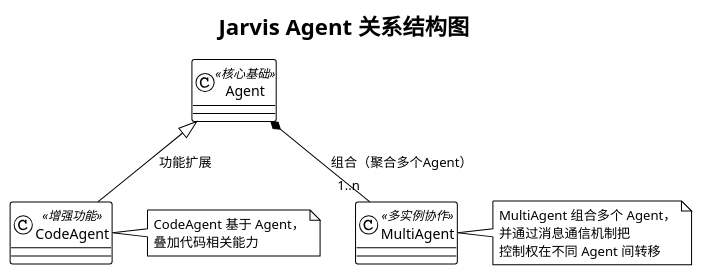
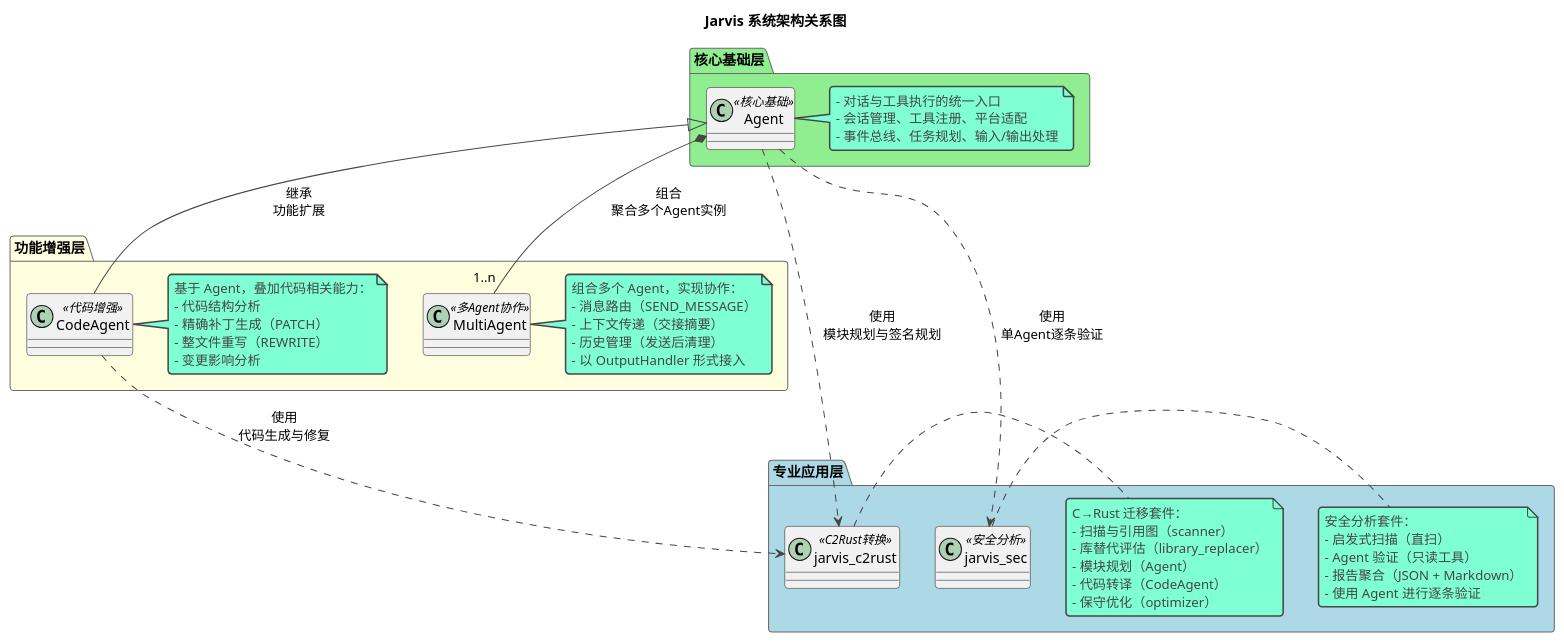
The first of 60 diagrams in 技术报告.md (skyfireitdiy/Jarvis), drawn with PlantUML before and after one commit. The commit also changed other lines of this file, not shown here.

First line of the commit message:
docs(architecture): 重构技术报告中的系统架构设计章节

````diff
--- a/技术报告.md
+++ b/技术报告.md
@@ -15,25 +15,66 @@
 ```plantuml
 @startuml
-!theme plain
-title Jarvis Agent 关系结构图
+!theme vibrant
+title Jarvis 系统架构关系图
 
-class Agent <<核心基础>> 
-class CodeAgent <<增强功能>> 
-class MultiAgent <<多实例协作>>
+package "核心基础层" #LightGreen {
+  class Agent <<核心基础>>
+  note right of Agent
+    - 对话与工具执行的统一入口
+    - 会话管理、工具注册、平台适配
+    - 事件总线、任务规划、输入/输出处理
+  end note
+}
 
-Agent <|-- CodeAgent : "功能扩展"
-Agent *-- "1..n" MultiAgent : "组合（聚合多个Agent）"
+package "功能增强层" #LightYellow {
+  class CodeAgent <<代码增强>>
+  class MultiAgent <<多Agent协作>>
+  
+  Agent <|-- CodeAgent : "继承\n功能扩展"
+  Agent *-- "1..n" MultiAgent : "组合\n聚合多个Agent实例"
+  
+  note right of CodeAgent
+    基于 Agent，叠加代码相关能力：
+    - 代码结构分析
+    - 精确补丁生成（PATCH）
+    - 整文件重写（REWRITE）
+    - 变更影响分析
+  end note
+  
+  note right of MultiAgent
+    组合多个 Agent，实现协作：
+    - 消息路由（SEND_MESSAGE）
+    - 上下文传递（交接摘要）
+    - 历史管理（发送后清理）
+    - 以 OutputHandler 形式接入
+  end note
+}
 
-note right of CodeAgent
-  CodeAgent 基于 Agent，
-  叠加代码相关能力
-end note
-
-note right of MultiAgent
-  MultiAgent 组合多个 Agent，
-  并通过消息通信机制把
-  控制权在不同 Agent 间转移
-end note
+package "专业应用层" #LightBlue {
+  class jarvis_sec <<安全分析>>
+  class jarvis_c2rust <<C2Rust转换>>
+  
+  Agent ..> jarvis_sec : "使用\n单Agent逐条验证"
+  Agent ..> jarvis_c2rust : "使用\n模块规划与签名规划"
+  CodeAgent ..> jarvis_c2rust : "使用\n代码生成与修复"
+  
+  note right of jarvis_sec
+    安全分析套件：
+    - 启发式扫描（直扫）
+    - Agent 验证（只读工具）
+    - 报告聚合（JSON + Markdown）
+    - 使用 Agent 进行逐条验证
+  end note
+  
+  note right of jarvis_c2rust
+    C→Rust 迁移套件：
+    - 扫描与引用图（scanner）
+    - 库替代评估（library_replacer）
+    - 模块规划（Agent）
+    - 代码转译（CodeAgent）
+    - 保守优化（optimizer）
+  end note
+}
 
 @enduml
 ```
````
